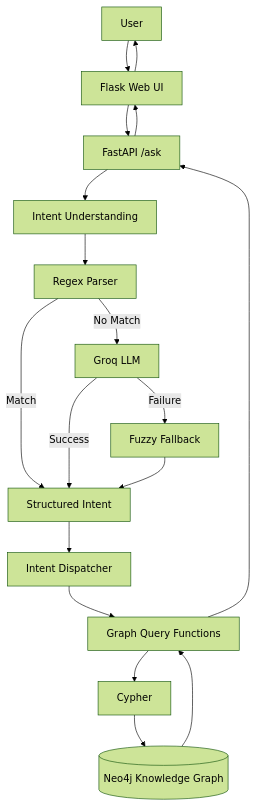
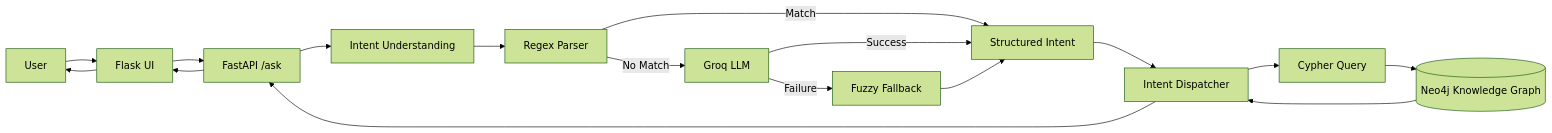
The first of 3 diagrams in README.md (sydelendure/healthcare-knowledge-graph-assistant), drawn with Mermaid (forest theme) before and after one commit. The commit also changed other lines of this file, not shown here.

````diff
--- a/README.md
+++ b/README.md
@@ -20,24 +20,23 @@
 ```mermaid
-flowchart TD
-    U["User"] --> UI["Flask Web UI"]
-    UI --> API["FastAPI /ask"]
-    API --> NLP["Intent Understanding"]
+flowchart LR
+    U["User"] --> F["Flask UI"]
+    F --> A["FastAPI /ask"]
+    A --> P["Intent Understanding"]
 
-    NLP --> R["Regex Parser"]
+    P --> R["Regex Parser"]
     R -->|Match| I["Structured Intent"]
     R -->|No Match| L["Groq LLM"]
 
     L -->|Success| I
-    L -->|Failure| F["Fuzzy Fallback"]
-    F --> I
+    L -->|Failure| FB["Fuzzy Fallback"]
+    FB --> I
 
     I --> D["Intent Dispatcher"]
-    D --> Q["Graph Query Functions"]
-    Q --> C["Cypher"]
+    D --> C["Cypher Query"]
     C --> N[("Neo4j Knowledge Graph")]
 
-    N --> Q
-    Q --> API
-    API --> UI
-    UI --> U
+    N --> D
+    D --> A
+    A --> F
+    F --> U
 ```
````
